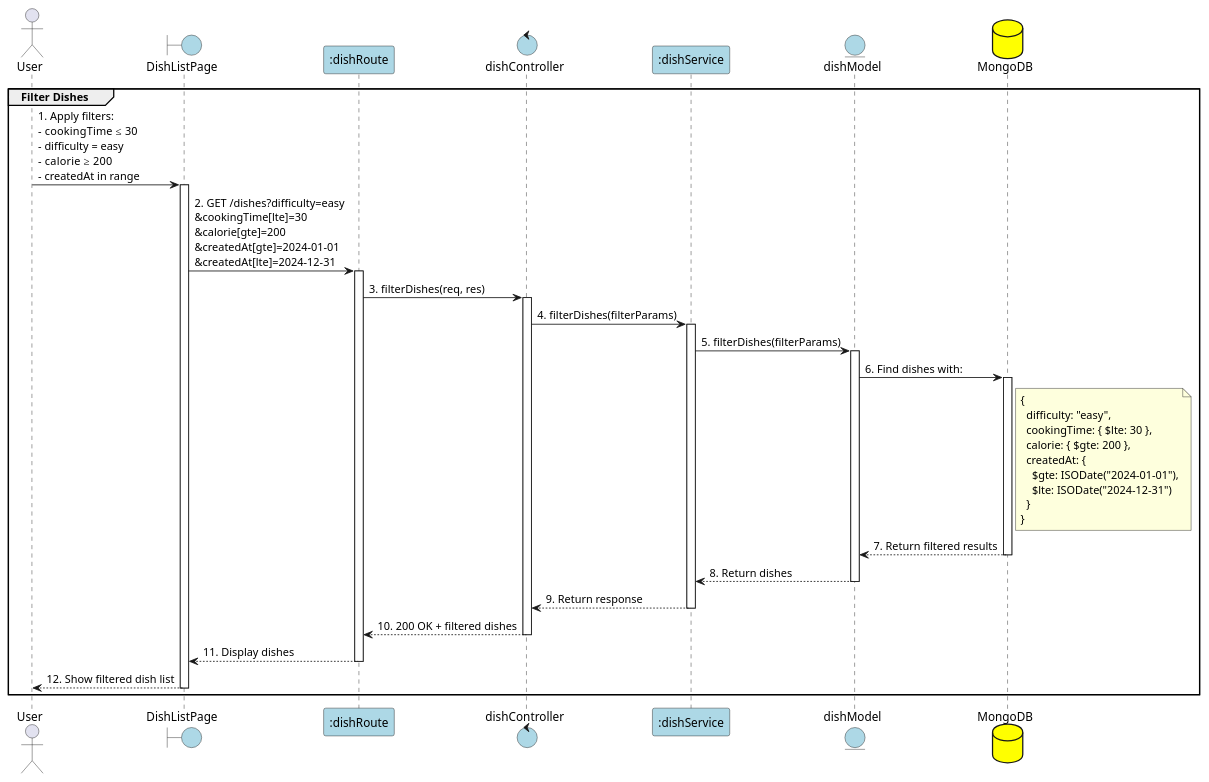
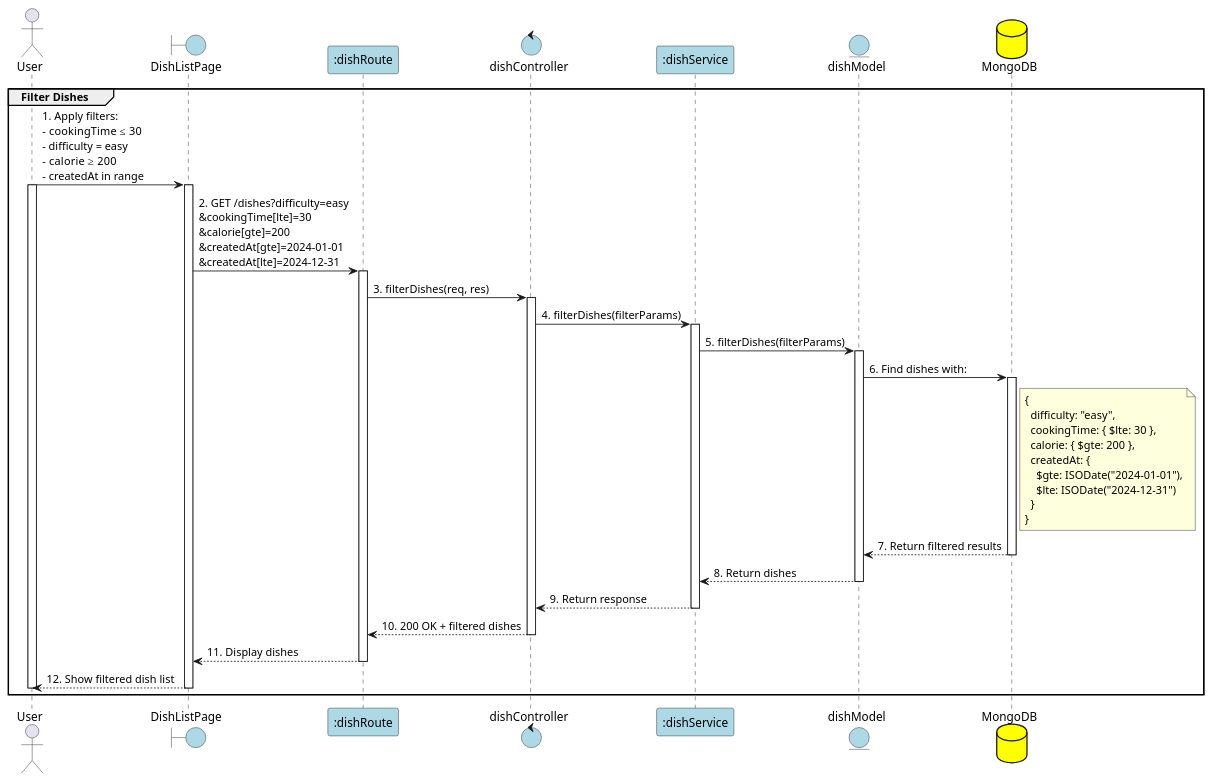
One commit to Aohkne/CaloCook changed the diagram in PlanUML/22_filterDish.puml. Above: the diagram before and after it, drawn with PlantUML. The commit also changed 20 other files, not shown here.

Commit message:
fix(uml 15 -> 33 + 36): done

```diff
--- a/PlanUML/22_filterDish.puml
+++ b/PlanUML/22_filterDish.puml
@@ -1,60 +1,62 @@
 @startuml Filter Dish
 
 actor User as User 
 boundary "DishListPage" as View #lightblue
 participant ":dishRoute" as Route #lightblue
 control "dishController" as Controller #lightblue
 participant ":dishService" as Service #lightblue
 entity "dishModel" as Model #lightblue
 database "MongoDB" as MongoDB #yellow
 
 group Filter Dishes
 User -> View: 1. Apply filters: \n- cookingTime ≤ 30\n- difficulty = easy\n- calorie ≥ 200\n- createdAt in range
+activate User
 activate View
 
 View -> Route: 2. GET /dishes?difficulty=easy\n&cookingTime[lte]=30\n&calorie[gte]=200\n&createdAt[gte]=2024-01-01\n&createdAt[lte]=2024-12-31
 activate Route
 
 Route -> Controller: 3. filterDishes(req, res)
 activate Controller
 
 Controller -> Service: 4. filterDishes(filterParams)
 activate Service
 
 Service -> Model: 5. filterDishes(filterParams)
 activate Model
 
 Model -> MongoDB: 6. Find dishes with:
 note right of MongoDB
 {
   difficulty: "easy",
   cookingTime: { $lte: 30 },
   calorie: { $gte: 200 },
   createdAt: {
     $gte: ISODate("2024-01-01"),
     $lte: ISODate("2024-12-31")
   }
 }
 end note
 activate MongoDB
 
 MongoDB --> Model: 7. Return filtered results
 deactivate MongoDB
 
 Model --> Service: 8. Return dishes
 deactivate Model
 
 Service --> Controller: 9. Return response
 deactivate Service
 
 Controller --> Route: 10. 200 OK + filtered dishes
 deactivate Controller
 
 Route --> View: 11. Display dishes
 deactivate Route
 
 View --> User: 12. Show filtered dish list
+deactivate View
+deactivate User
 
-deactivate View
 end
 @enduml
```
